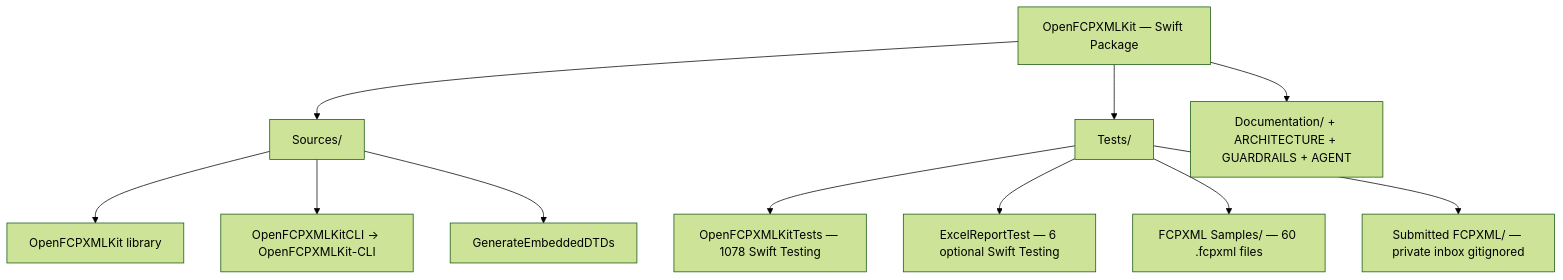
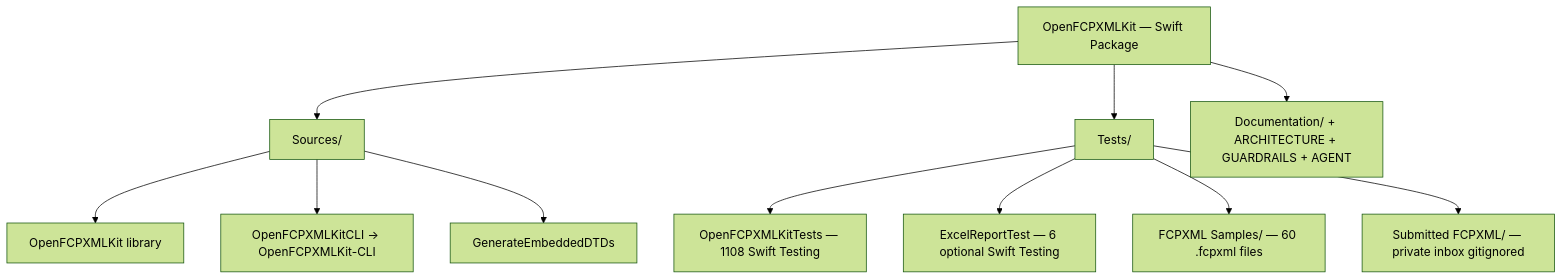
One commit to TheAcharya/OpenFCPXMLKit changed the first of 6 diagrams in ARCHITECTURE.md. Above: the diagram before and after it, drawn with Mermaid (forest theme). The commit also changed other lines of this file and 61 other files, not shown here.

````diff
--- a/ARCHITECTURE.md
+++ b/ARCHITECTURE.md
@@ -173,17 +203,17 @@
 ```mermaid
 flowchart TB
     Pkg["OpenFCPXMLKit — Swift Package"]
 
     Pkg --> SRC["Sources/"]
     Pkg --> TST["Tests/"]
     Pkg --> DOC["Documentation/ + ARCHITECTURE + GUARDRAILS + AGENT"]
 
     SRC --> LIB["OpenFCPXMLKit library"]
     SRC --> CLI["OpenFCPXMLKitCLI → OpenFCPXMLKit-CLI"]
     SRC --> GEN["GenerateEmbeddedDTDs"]
 
-    TST --> OKT["OpenFCPXMLKitTests — 1078 Swift Testing"]
+    TST --> OKT["OpenFCPXMLKitTests — 1108 Swift Testing"]
     TST --> ERT["ExcelReportTest — 6 optional Swift Testing"]
     TST --> SMP["FCPXML Samples/ — 60 .fcpxml files"]
     TST --> SUB["Submitted FCPXML/ — private inbox gitignored"]
 ```
````
